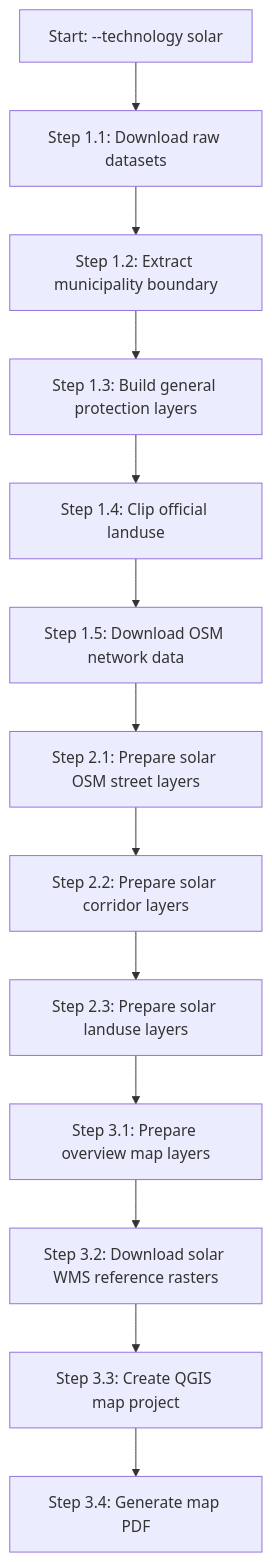
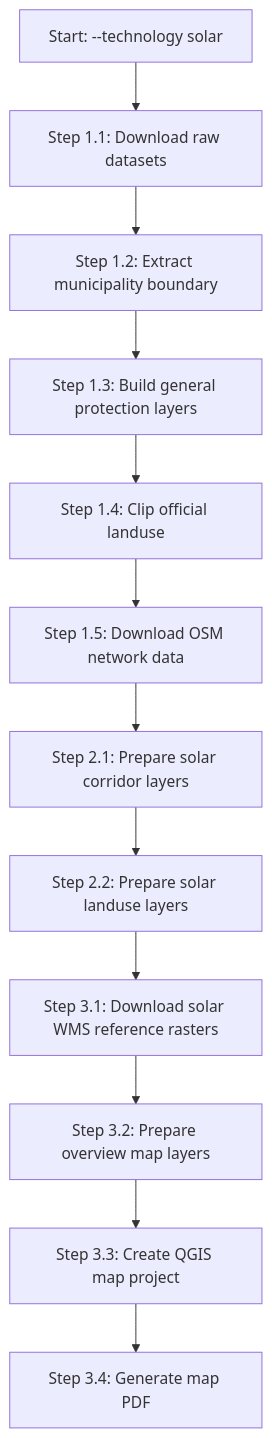
One commit to flobe08/Projekt---Geodatenprozessierung-und-Automatisierung changed the third of 4 diagrams in description/WORKFLOW_DIAGRAMME.md. Above: the diagram before and after it, drawn with Mermaid. The commit also changed other lines of this file and 31 other files, not shown here.

Commit message:
update: add landuse for solar + finale layout map.pdf

````diff
--- a/description/WORKFLOW_DIAGRAMME.md
+++ b/description/WORKFLOW_DIAGRAMME.md
@@ -136,17 +136,16 @@
 ```mermaid
 flowchart TD
     Start["Start: --technology solar"] --> A11["Step 1.1: Download raw datasets"]
     A11 --> A12["Step 1.2: Extract municipality boundary"]
     A12 --> A13["Step 1.3: Build general protection layers"]
     A13 --> A14["Step 1.4: Clip official landuse"]
     A14 --> A15["Step 1.5: Download OSM network data"]
 
-    A15 --> S21["Step 2.1: Prepare solar OSM street layers"]
-    S21 --> S22["Step 2.2: Prepare solar corridor layers"]
-    S22 --> S23["Step 2.3: Prepare solar landuse layers"]
+    A15 --> S21["Step 2.1: Prepare solar corridor layers"]
+    S21 --> S22["Step 2.2: Prepare solar landuse layers"]
 
-    S23 --> M31["Step 3.1: Prepare overview map layers"]
-    M31 --> M32["Step 3.2: Download solar WMS reference rasters"]
+    S22 --> M31["Step 3.1: Download solar WMS reference rasters"]
+    M31 --> M32["Step 3.2: Prepare overview map layers"]
     M32 --> M33["Step 3.3: Create QGIS map project"]
     M33 --> M34["Step 3.4: Generate map PDF"]
 ```
````
